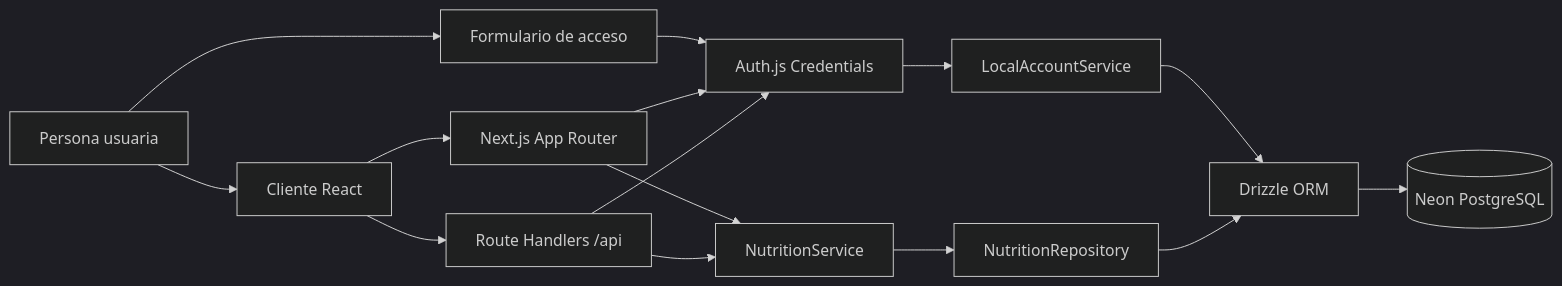
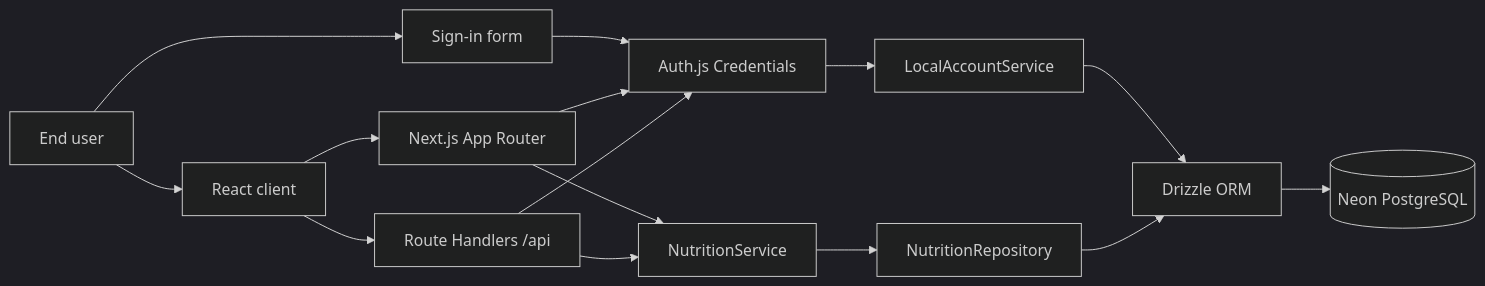
Before and after one commit to Julio92/nutriBro: the diagram in docs/architecture.md, drawn with Mermaid (dark theme). The commit also changed other lines of this file and 27 other files, not shown here.

````diff
--- a/docs/architecture.md
+++ b/docs/architecture.md
@@ -11,17 +11,17 @@
 ```mermaid
 flowchart LR
-  U[Persona usuaria] --> F[Formulario de acceso]
-  U --> B[Cliente React]
+  U[End user] --> F[Sign-in form]
+  U --> B[React client]
   B --> P[Next.js App Router]
   B --> A[Route Handlers /api]
   F --> AU[Auth.js Credentials]
   P --> AU
   A --> AU
   AU --> LA[LocalAccountService]
   LA --> D[Drizzle ORM]
   P --> S[NutritionService]
   A --> S
   S --> R[NutritionRepository]
   R --> D[Drizzle ORM]
   D --> N[(Neon PostgreSQL)]
 ```
````
